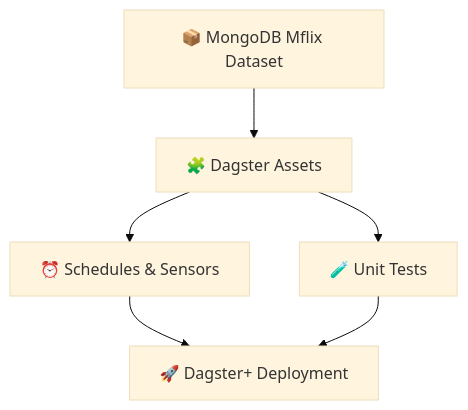
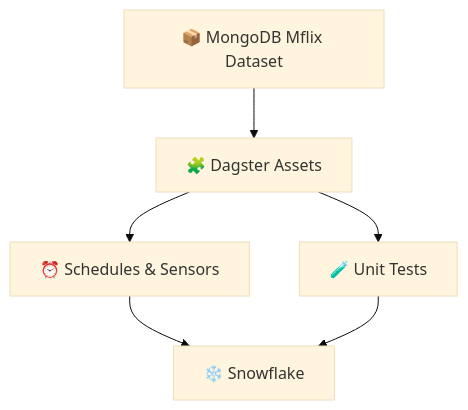
Before and after one commit to tysonbarreto/ELT_Dags_Dagster_Mflix: the diagram in README.md, drawn with Mermaid (base theme).

Commit message:
readme updated

````diff
--- a/README.md
+++ b/README.md
@@ -10,8 +10,8 @@
 ```mermaid
 graph TD
     A[📦 MongoDB Mflix Dataset] --> B[🧩 Dagster Assets]
     B --> C[🧪 Unit Tests]
     B --> D[⏰ Schedules & Sensors]
     D --> E[🚀 Dagster+ Deployment]
-    C --> E
+    C --> E[❄️ Snowflake]
 ```
````
